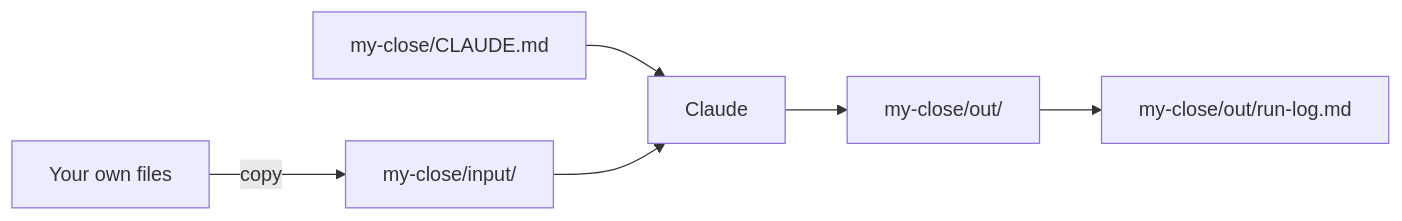
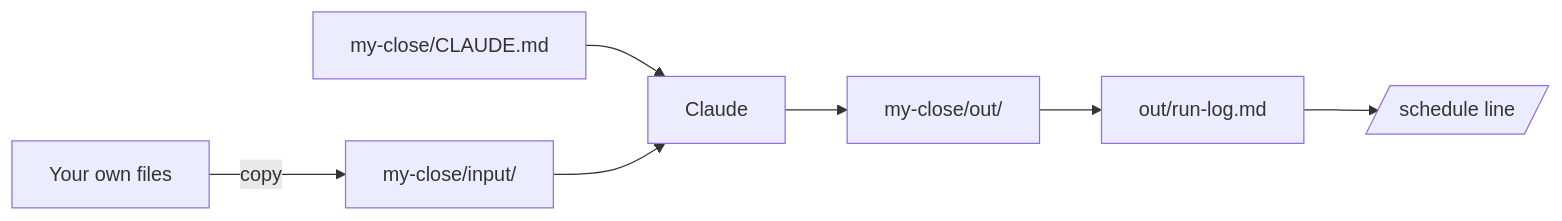
The diagram in parts/06-share-the-close/05-run-your-own-close/problem/README.md (learnwithparam/claude-code-for-everyone), drawn with Mermaid before and after one commit. The commit also changed other lines of this file and 83 other files, not shown here.

````diff
--- a/parts/06-share-the-close/05-run-your-own-close/problem/README.md
+++ b/parts/06-share-the-close/05-run-your-own-close/problem/README.md
@@ -9,8 +7,9 @@
 ```mermaid
 flowchart LR
   Y[Your own files] -->|copy| I[my-close/input/]
   R[my-close/CLAUDE.md] --> C[Claude]
   I --> C
   C --> O[my-close/out/]
-  O --> L[my-close/out/run-log.md]
+  O --> L[out/run-log.md]
+  L --> S[/schedule line/]
 ```
````
